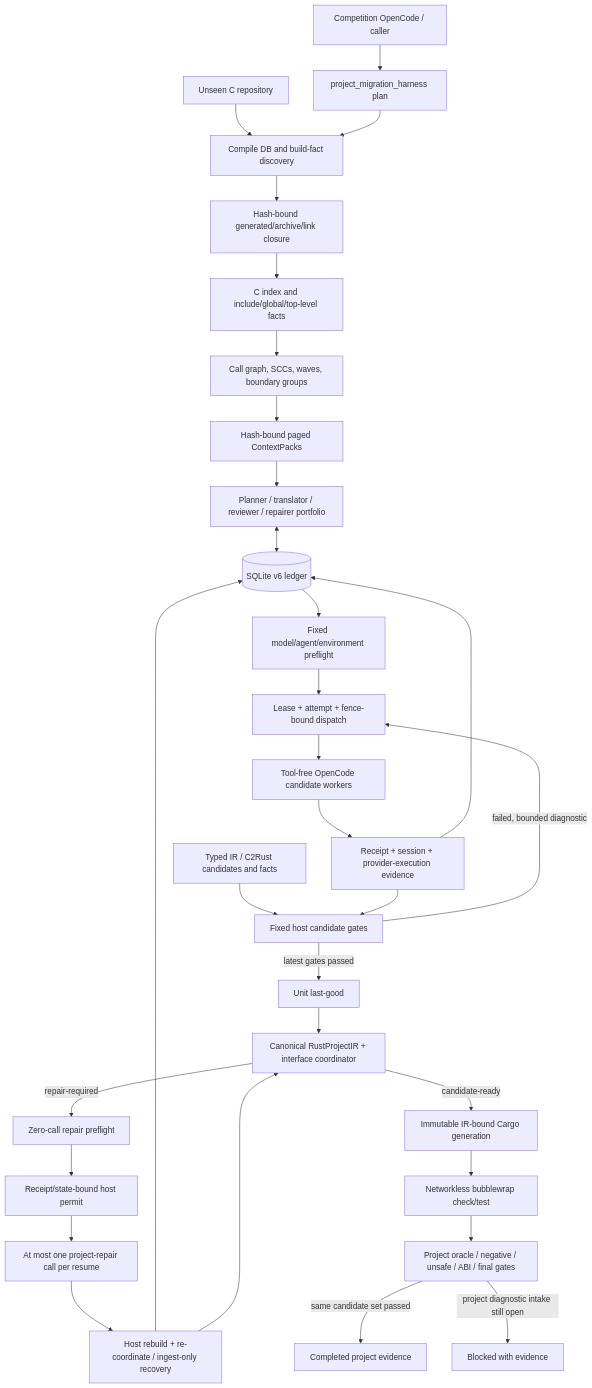
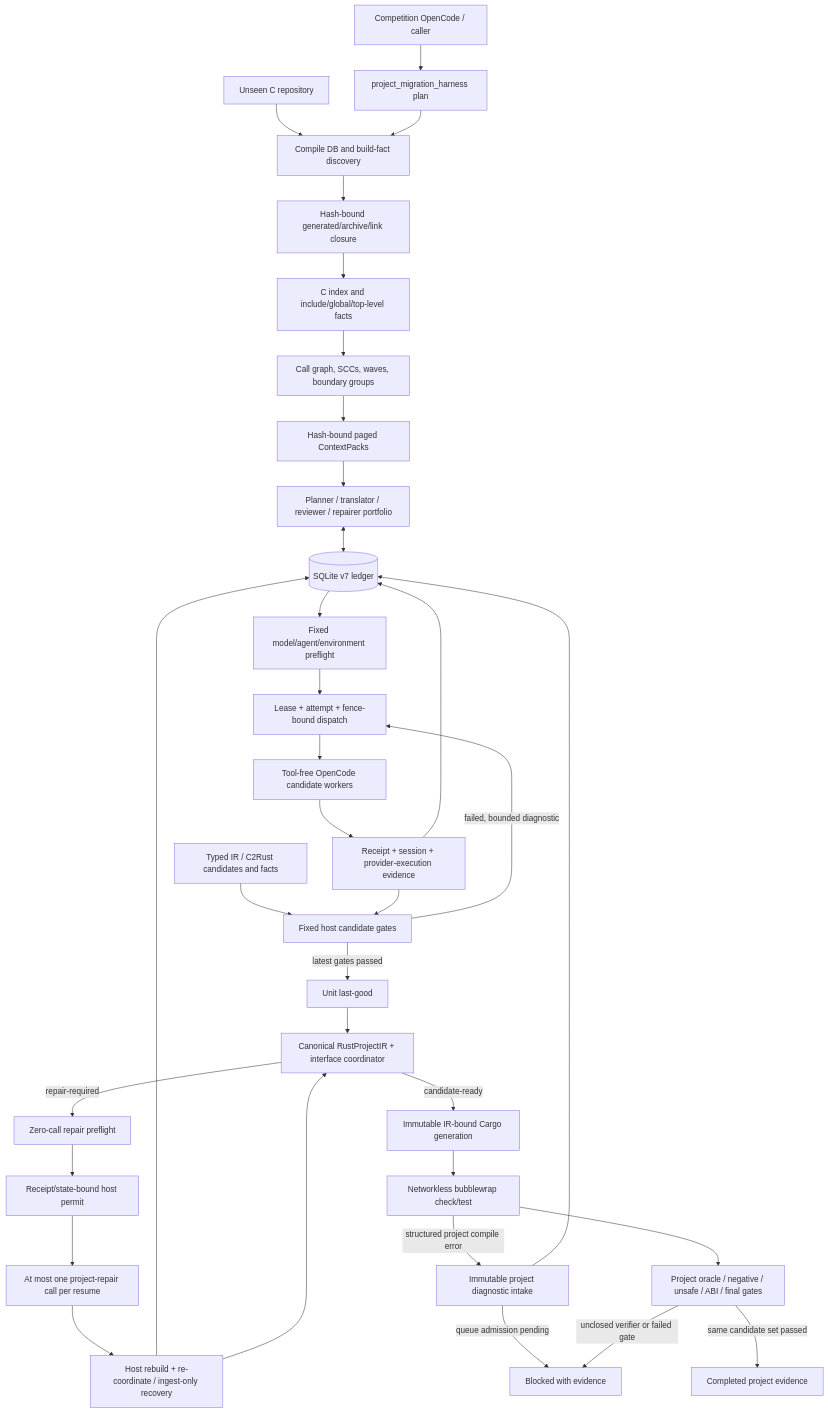
One commit to guoqihan342-svg/c-to-rust changed the first of 5 diagrams in README.en.md. Above: the diagram before and after it, drawn with Mermaid. The commit also changed other lines of this file and 21 other files, not shown here.

Commit message:
feat(harness): bind project compile diagnostics

````diff
--- a/README.en.md
+++ b/README.en.md
@@ -99,33 +101,36 @@
 ```mermaid
 flowchart TB
     OUTER["Competition OpenCode / caller"] --> PLAN["project_migration_harness plan"]
     REPO["Unseen C repository"] --> DISCOVERY["Compile DB and build-fact discovery"]
     PLAN --> DISCOVERY
     DISCOVERY --> CLOSURE["Hash-bound generated/archive/link closure"]
     CLOSURE --> INDEX["C index and include/global/top-level facts"]
     INDEX --> DAG["Call graph, SCCs, waves, boundary groups"]
     DAG --> CONTEXT["Hash-bound paged ContextPacks"]
     CONTEXT --> PORTFOLIO["Planner / translator / reviewer / repairer portfolio"]
-    PORTFOLIO <--> LEDGER[("SQLite v6 ledger")]
+    PORTFOLIO <--> LEDGER[("SQLite v7 ledger")]
     LEDGER --> PREFLIGHT["Fixed model/agent/environment preflight"]
     PREFLIGHT --> DISPATCH["Lease + attempt + fence-bound dispatch"]
     DISPATCH --> AI["Tool-free OpenCode candidate workers"]
     AI --> PROVIDER["Receipt + session + provider-execution evidence"]
     PROVIDER --> LEDGER
     TIR["Typed IR / C2Rust candidates and facts"] --> VERIFY
     PROVIDER --> VERIFY["Fixed host candidate gates"]
     VERIFY -->|"failed, bounded diagnostic"| DISPATCH
     VERIFY -->|"latest gates passed"| LASTGOOD["Unit last-good"]
     LASTGOOD --> RUSTIR["Canonical RustProjectIR + interface coordinator"]
     RUSTIR -->|"repair-required"| RPRE["Zero-call repair preflight"]
     RPRE --> PERMIT["Receipt/state-bound host permit"]
     PERMIT --> RAI["At most one project-repair call per resume"]
     RAI --> RINGEST["Host rebuild + re-coordinate / ingest-only recovery"]
     RINGEST --> LEDGER
     RINGEST --> RUSTIR
     RUSTIR -->|"candidate-ready"| CARGO["Immutable IR-bound Cargo generation"]
     CARGO --> SANDBOX["Networkless bubblewrap check/test"]
+    SANDBOX -->|"structured project compile error"| INTAKE["Immutable project diagnostic intake"]
+    INTAKE --> LEDGER
+    INTAKE -->|"queue admission pending"| BLOCKED["Blocked with evidence"]
     SANDBOX --> PROJECT["Project oracle / negative / unsafe / ABI / final gates"]
     PROJECT -->|"same candidate set passed"| COMPLETE["Completed project evidence"]
-    PROJECT -->|"project diagnostic intake still open"| BLOCKED["Blocked with evidence"]
+    PROJECT -->|"unclosed verifier or failed gate"| BLOCKED
 ```
````
